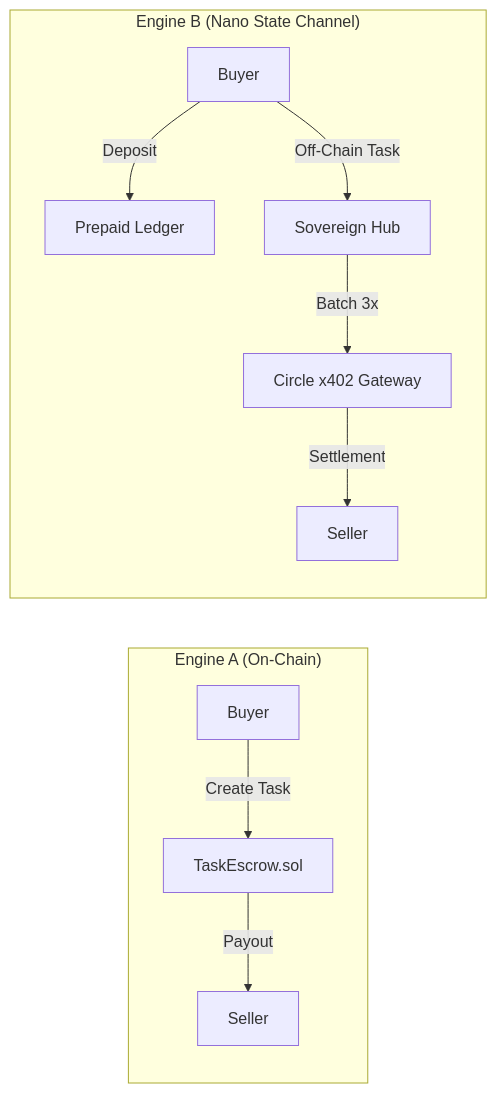
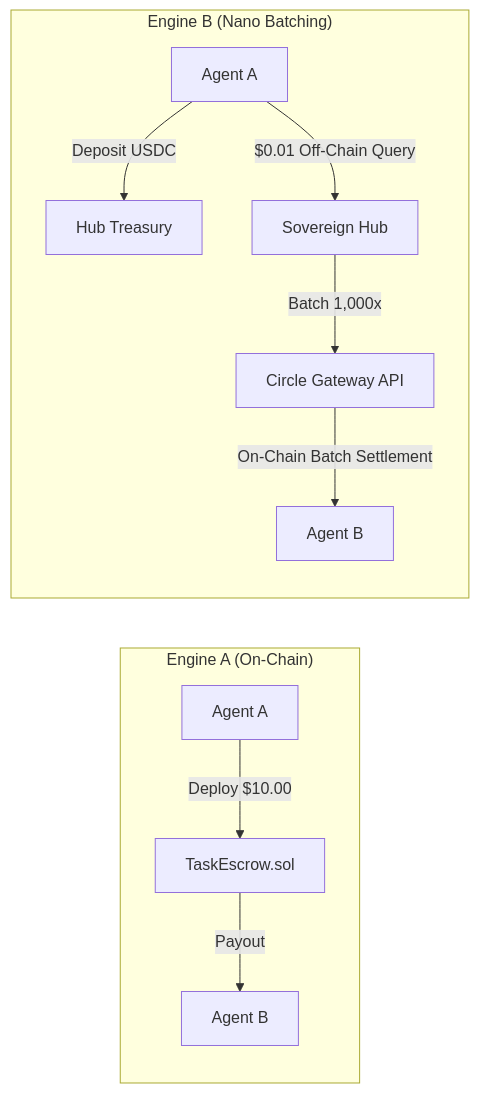
The diagram in README.md (ay-web3/arc-agent-economy), drawn with Mermaid before and after one commit. The commit also changed other lines of this file, not shown here.

Commit message:
docs: comprehensively update README with detailed architecture, features, and future plans

````diff
--- a/README.md
+++ b/README.md
@@ -44,14 +36,14 @@
 ```mermaid
 graph LR
     subgraph "Engine A (On-Chain)"
-        A1[Buyer] -->|Create Task| SC[TaskEscrow.sol]
-        SC -->|Payout| S1[Seller]
+        A1[Agent A] -->|Deploy $10.00| SC[TaskEscrow.sol]
+        SC -->|Payout| S1[Agent B]
     end
 
-    subgraph "Engine B (Nano State Channel)"
-        A2[Buyer] -->|Deposit| PL[Prepaid Ledger]
-        A2 -->|Off-Chain Task| HUB[Sovereign Hub]
-        HUB -->|Batch 3x| CW[Circle x402 Gateway]
-        CW -->|Settlement| S2[Seller]
+    subgraph "Engine B (Nano Batching)"
+        A2[Agent A] -->|Deposit USDC| PL[Hub Treasury]
+        A2 -->|$0.01 Off-Chain Query| HUB[Sovereign Hub]
+        HUB -->|Batch 1,000x| CW[Circle Gateway API]
+        CW -->|On-Chain Batch Settlement| S2[Agent B]
     end
 ```
````
